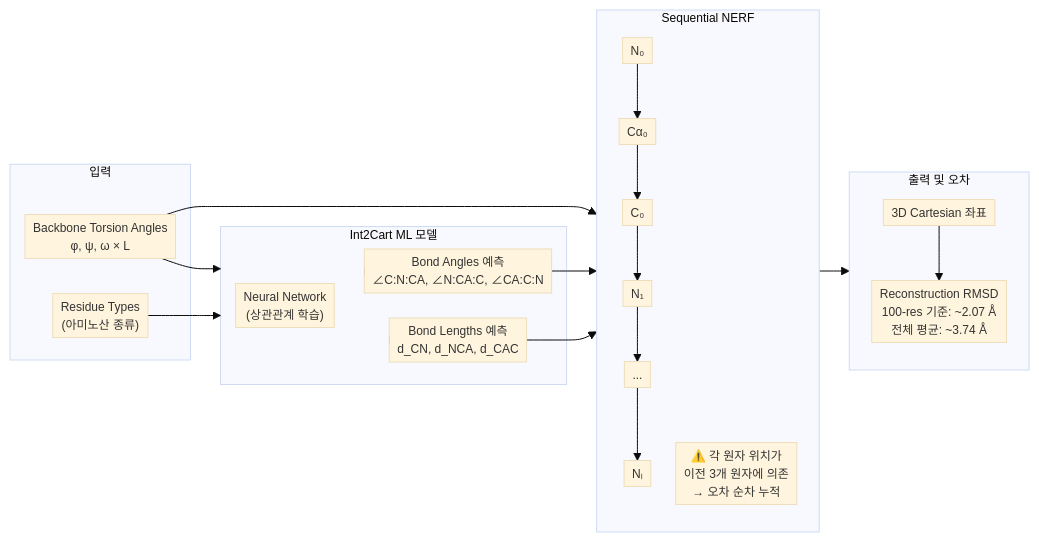
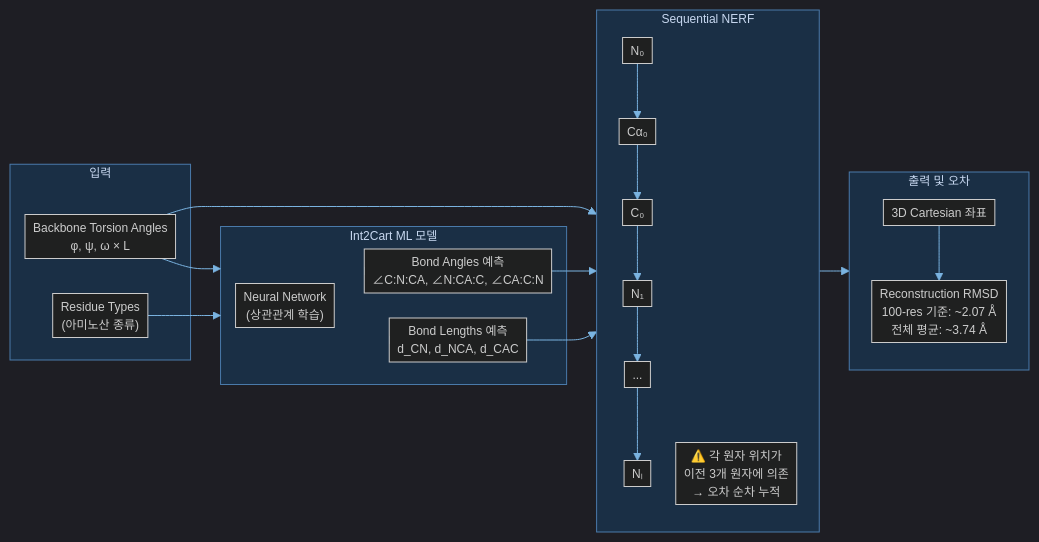
Before and after one commit to rlaalswhd199/PARA-vault: the diagram in 1_Projects/Crypticflow/Reading_Notes/Paper_Int2Cart22.md, drawn with Mermaid. The commit also changed other lines of this file and 32 other files, not shown here.

````diff
--- a/1_Projects/Crypticflow/Reading_Notes/Paper_Int2Cart22.md
+++ b/1_Projects/Crypticflow/Reading_Notes/Paper_Int2Cart22.md
@@ -24,37 +19,37 @@
 ```mermaid
-%%{init: {'theme':'base', 'flowchart': {'htmlLabels': false, 'curve': 'basis', 'nodeSpacing': 25, 'rankSpacing': 30, 'padding': 4, 'useMaxWidth': true}, 'themeVariables': {'fontSize': '12px'}}}%%
+%%{init: {'theme':'dark', 'flowchart': {'htmlLabels': true, 'curve': 'basis', 'nodeSpacing': 25, 'rankSpacing': 30, 'padding': 4, 'useMaxWidth': true}, 'themeVariables': {'fontSize': '12px', 'primaryColor': '#2d4a6e', 'primaryTextColor': '#e8eaf0', 'primaryBorderColor': '#5a8abf', 'lineColor': '#7ab3e0', 'secondaryColor': '#1e3a5a', 'tertiaryColor': '#162840', 'clusterBkg': '#1a2f45', 'clusterBorder': '#4a7aaa', 'titleColor': '#c8d8f0', 'edgeLabelBackground': '#1a2f45', 'nodeTextColor': '#e8eaf0'}}}%%
 flowchart LR
     subgraph INPUT5["입력"]
-        TOR["Backbone Torsion Angles\nφ, ψ, ω × L"]
-        RES["Residue Types\n(아미노산 종류)"]
+        TOR["Backbone Torsion Angles<br/>φ, ψ, ω × L"]
+        RES["Residue Types<br/>(아미노산 종류)"]
     end
 
     subgraph ML["Int2Cart ML 모델"]
-        NN["Neural Network\n(상관관계 학습)"]
-        BOND_PRED["Bond Lengths 예측\nd_CN, d_NCA, d_CAC"]
-        ANGLE_PRED["Bond Angles 예측\n∠C:N:CA, ∠N:CA:C, ∠CA:C:N"]
+        NN["Neural Network<br/>(상관관계 학습)"]
+        BOND_PRED["Bond Lengths 예측<br/>d_CN, d_NCA, d_CAC"]
+        ANGLE_PRED["Bond Angles 예측<br/>∠C:N:CA, ∠N:CA:C, ∠CA:C:N"]
     end
 
     subgraph NERF_CHAIN["Sequential NERF"]
         direction TB
         N0["N₀"]
         CA0["Cα₀"]
         C0["C₀"]
         N1["N₁"]
         DOTS["..."]
         NL["Nₗ"]
         N0 --> CA0 --> C0 --> N1 --> DOTS --> NL
-        note2["⚠️ 각 원자 위치가\n이전 3개 원자에 의존\n→ 오차 순차 누적"]
+        note2["⚠️ 각 원자 위치가<br/>이전 3개 원자에 의존<br/>→ 오차 순차 누적"]
     end
 
     subgraph OUTPUT2["출력 및 오차"]
         COORD2["3D Cartesian 좌표"]
-        ERR2["Reconstruction RMSD\n100-res 기준: ~2.07 Å\n전체 평균: ~3.74 Å"]
+        ERR2["Reconstruction RMSD<br/>100-res 기준: ~2.07 Å<br/>전체 평균: ~3.74 Å"]
         COORD2 --> ERR2
     end
 
     TOR & RES --> ML
     ML --> BOND_PRED & ANGLE_PRED
     BOND_PRED & ANGLE_PRED & TOR --> NERF_CHAIN
     NERF_CHAIN --> OUTPUT2
 ```
````
